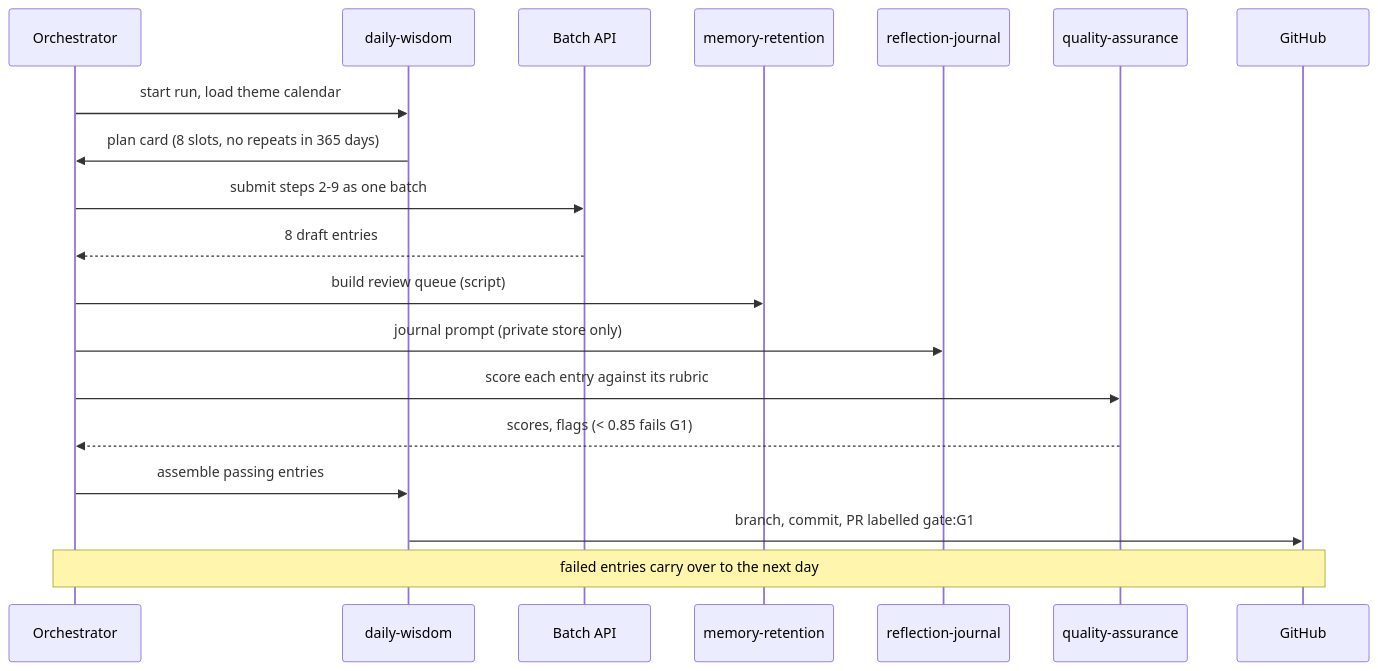
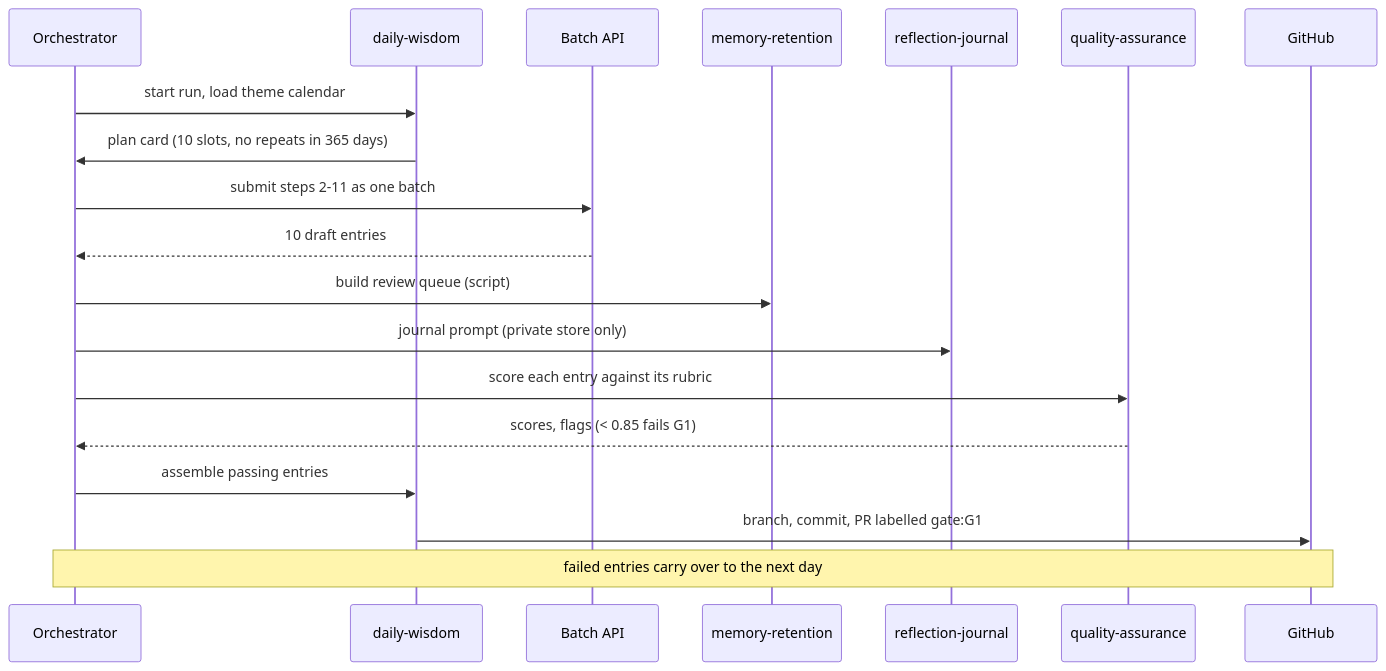
The first of 4 diagrams in docs/architecture/09-workflow-architecture.md (mtafseerhaider/the-bayan-library), drawn with Mermaid before and after one commit. The commit also changed other lines of this file and 20 other files, not shown here.

````diff
--- a/docs/architecture/09-workflow-architecture.md
+++ b/docs/architecture/09-workflow-architecture.md
@@ -79,21 +82,21 @@
 ```mermaid
 sequenceDiagram
     participant O as Orchestrator
     participant W as daily-wisdom
     participant B as Batch API
     participant M as memory-retention
     participant J as reflection-journal
     participant Q as quality-assurance
     participant G as GitHub
     O->>W: start run, load theme calendar
-    W->>O: plan card (8 slots, no repeats in 365 days)
-    O->>B: submit steps 2-9 as one batch
-    B-->>O: 8 draft entries
+    W->>O: plan card (10 slots, no repeats in 365 days)
+    O->>B: submit steps 2-11 as one batch
+    B-->>O: 10 draft entries
     O->>M: build review queue (script)
     O->>J: journal prompt (private store only)
     O->>Q: score each entry against its rubric
     Q-->>O: scores, flags (< 0.85 fails G1)
     O->>W: assemble passing entries
     W->>G: branch, commit, PR labelled gate:G1
     Note over O,G: failed entries carry over to the next day
 ```
````
